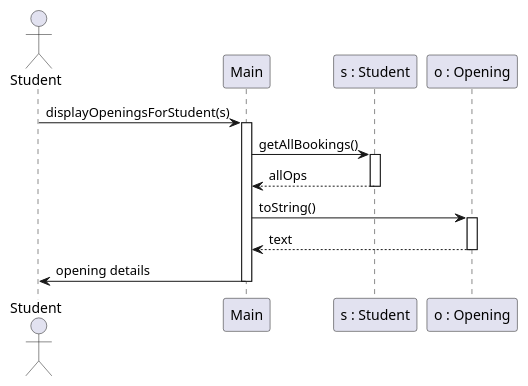
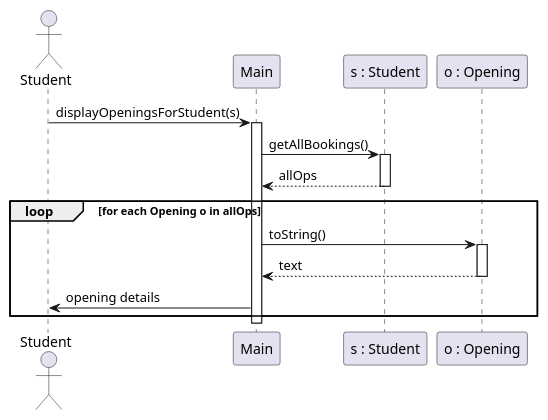
The diagram in docs/display-openings-student-sequence.puml (localhost433/OOPFinalProject), drawn with PlantUML before and after one commit.

Commit message:
added loop

```diff
--- a/docs/display-openings-student-sequence.puml
+++ b/docs/display-openings-student-sequence.puml
@@ -1,27 +1,29 @@
 @startuml display-openings-student-sequence
 ' Sequence diagram — Display openings for student (Main.displayOpeningsForStudent)
 
 actor Student as student
 
 participant "Main" as main
 participant "s : Student" as sObj
 participant "o : Opening" as open
 
 student -> main : displayOpeningsForStudent(s)
 activate main
 
 main -> sObj : getAllBookings()
 activate sObj
 sObj --> main : allOps
 deactivate sObj
 
-main -> open : toString()
-activate open
-open --> main : text
-deactivate open
+loop for each Opening o in allOps
+    main -> open : toString()
+    activate open
+    open --> main : text
+    deactivate open
 
-main -> student : opening details
+    main -> student : opening details
+end
 
 deactivate main
 
 @enduml
```
